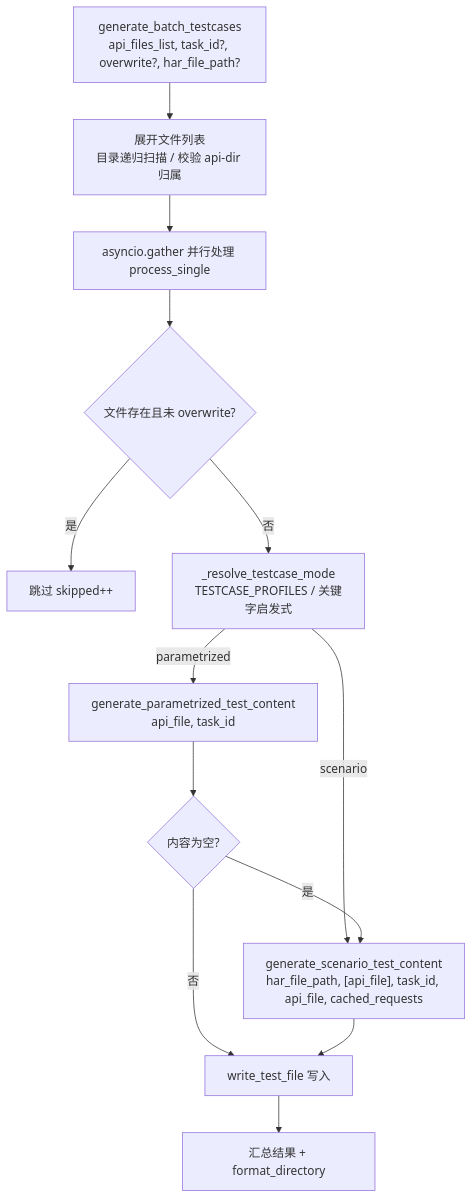
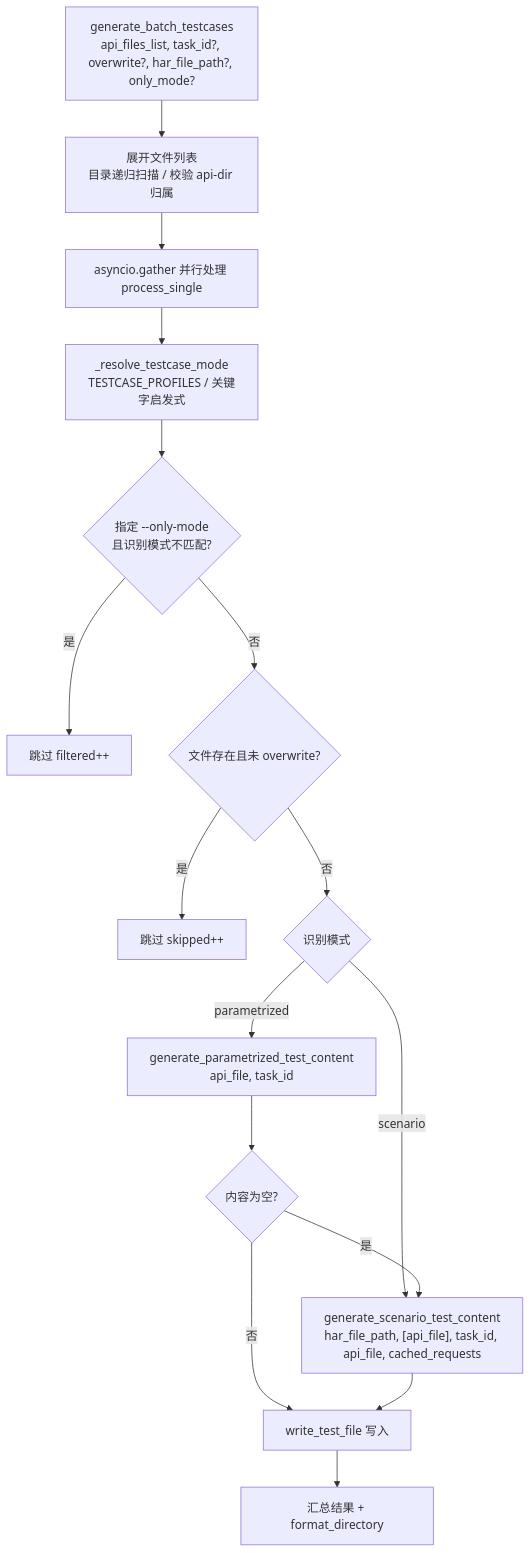
The third of 3 diagrams in docs/testcase_generation_modes.md (hewei198711/har2pytest), drawn with Mermaid before and after one commit. The commit also changed other lines of this file and 16 other files, not shown here.

First line of the commit message:
feat: v1.7.4 - batch 模式 --only-mode 过滤与 list_query 响应收集增强

````diff
--- a/docs/testcase_generation_modes.md
+++ b/docs/testcase_generation_modes.md
@@ -456,15 +475,18 @@
 ```mermaid
 flowchart TD
-    A["generate_batch_testcases<br/>api_files_list, task_id?, overwrite?, har_file_path?"] --> B["展开文件列表<br/>目录递归扫描 / 校验 api-dir 归属"]
+    A["generate_batch_testcases<br/>api_files_list, task_id?, overwrite?, har_file_path?, only_mode?"] --> B["展开文件列表<br/>目录递归扫描 / 校验 api-dir 归属"]
     B --> C["asyncio.gather 并行处理 process_single"]
-    C --> D{文件存在且未 overwrite?}
-    D -->|是| E["跳过 skipped++"]
-    D -->|否| F["_resolve_testcase_mode<br/>TESTCASE_PROFILES / 关键字启发式"]
-    F -->|parametrized| G["generate_parametrized_test_content<br/>api_file, task_id"]
-    F -->|scenario| H["generate_scenario_test_content<br/>har_file_path, [api_file], task_id, api_file, cached_requests"]
-    G --> I{内容为空?}
-    I -->|是| H
-    I -->|否| J["write_test_file 写入"]
-    H --> J
-    J --> K["汇总结果 + format_directory"]
+    C --> D["_resolve_testcase_mode<br/>TESTCASE_PROFILES / 关键字启发式"]
+    D --> E{指定 --only-mode<br/>且识别模式不匹配?}
+    E -->|是| F["跳过 filtered++"]
+    E -->|否| G{文件存在且未 overwrite?}
+    G -->|是| H["跳过 skipped++"]
+    G -->|否| I{识别模式}
+    I -->|parametrized| J["generate_parametrized_test_content<br/>api_file, task_id"]
+    I -->|scenario| K["generate_scenario_test_content<br/>har_file_path, [api_file], task_id, api_file, cached_requests"]
+    J --> L{内容为空?}
+    L -->|是| K
+    L -->|否| M["write_test_file 写入"]
+    K --> M
+    M --> N["汇总结果 + format_directory"]
 ```
````
